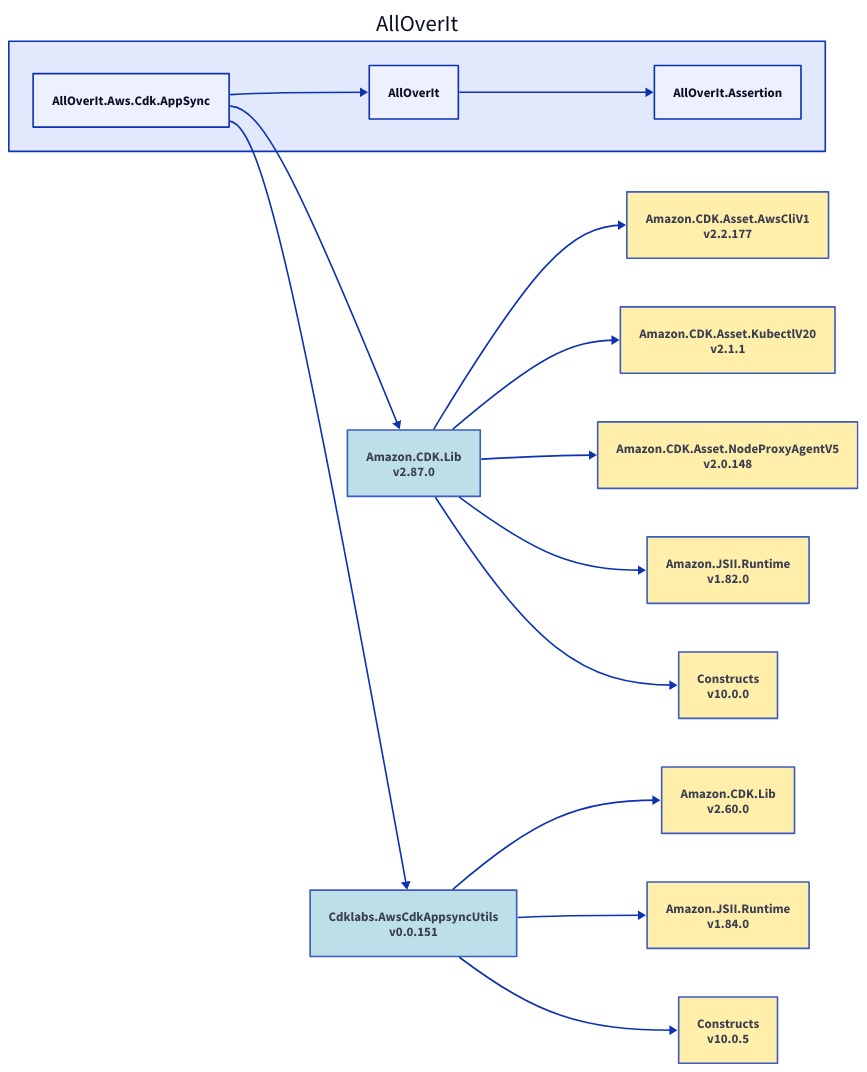
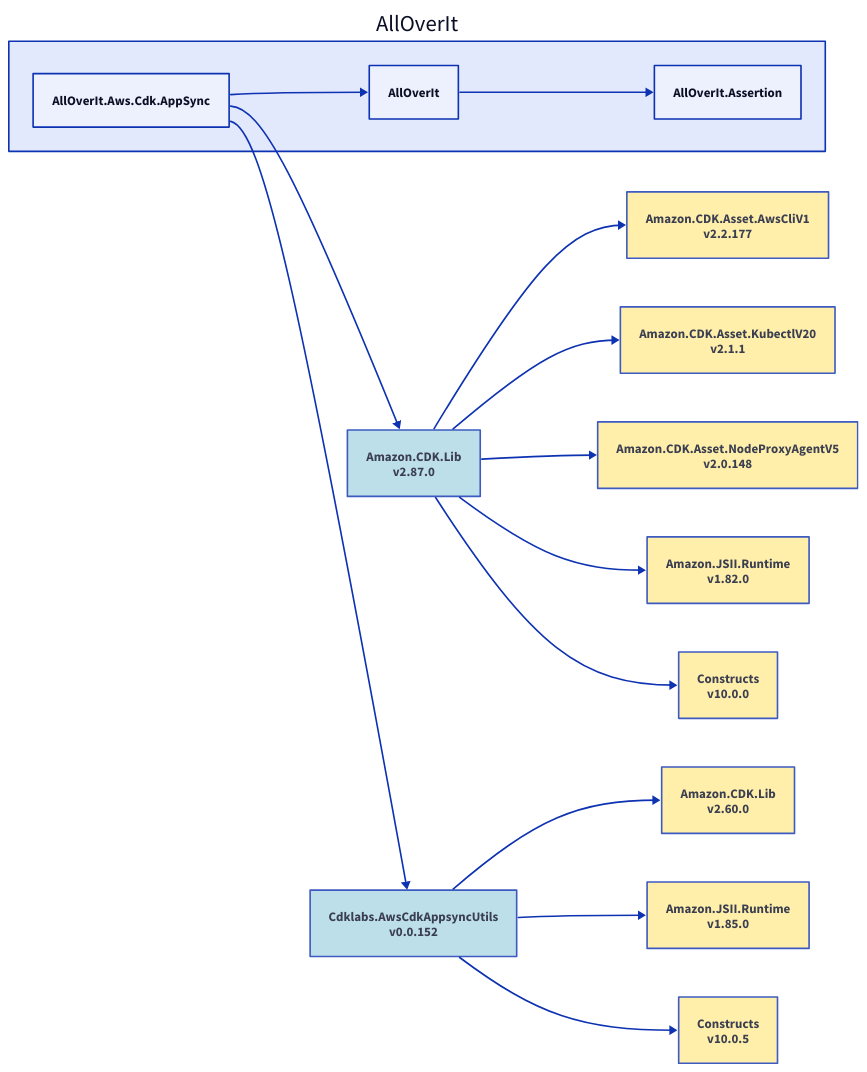
The diagram in Docs/Dependencies/alloverit-aws-cdk-appsync.d2 (nickathone/AllOverIt), drawn with D2 before and after one commit. The commit also changed 74 other files, not shown here.

```diff
--- a/Docs/Dependencies/alloverit-aws-cdk-appsync.d2
+++ b/Docs/Dependencies/alloverit-aws-cdk-appsync.d2
@@ -1,48 +1,48 @@
 direction: right
 
 aoi: AllOverIt
 aoi.alloverit-aws-cdk-appsync: AllOverIt.Aws.Cdk.AppSync
 amazon-cdk-lib_2-87-0: Amazon.CDK.Lib\nv2.87.0
 amazon-cdk-lib_2-87-0.style.fill: "#ADD8E6"
 amazon-cdk-lib_2-87-0.style.opacity: 0.8
 amazon-cdk-asset-awscliv1_2-2-177: Amazon.CDK.Asset.AwsCliV1\nv2.2.177
 amazon-cdk-asset-awscliv1_2-2-177.style.fill: "#FFEC96"
 amazon-cdk-asset-awscliv1_2-2-177.style.opacity: 0.8
 amazon-cdk-asset-awscliv1_2-2-177 <- amazon-cdk-lib_2-87-0
 amazon-cdk-asset-kubectlv20_2-1-1: Amazon.CDK.Asset.KubectlV20\nv2.1.1
 amazon-cdk-asset-kubectlv20_2-1-1.style.fill: "#FFEC96"
 amazon-cdk-asset-kubectlv20_2-1-1.style.opacity: 0.8
 amazon-cdk-asset-kubectlv20_2-1-1 <- amazon-cdk-lib_2-87-0
 amazon-cdk-asset-nodeproxyagentv5_2-0-148: Amazon.CDK.Asset.NodeProxyAgentV5\nv2.0.148
 amazon-cdk-asset-nodeproxyagentv5_2-0-148.style.fill: "#FFEC96"
 amazon-cdk-asset-nodeproxyagentv5_2-0-148.style.opacity: 0.8
 amazon-cdk-asset-nodeproxyagentv5_2-0-148 <- amazon-cdk-lib_2-87-0
 amazon-jsii-runtime_1-82-0: Amazon.JSII.Runtime\nv1.82.0
 amazon-jsii-runtime_1-82-0.style.fill: "#FFEC96"
 amazon-jsii-runtime_1-82-0.style.opacity: 0.8
 amazon-jsii-runtime_1-82-0 <- amazon-cdk-lib_2-87-0
 constructs_10-0-0: Constructs\nv10.0.0
 constructs_10-0-0.style.fill: "#FFEC96"
 constructs_10-0-0.style.opacity: 0.8
 constructs_10-0-0 <- amazon-cdk-lib_2-87-0
 amazon-cdk-lib_2-87-0 <- aoi.alloverit-aws-cdk-appsync
-cdklabs-awscdkappsyncutils_0-0-151: Cdklabs.AwsCdkAppsyncUtils\nv0.0.151
-cdklabs-awscdkappsyncutils_0-0-151.style.fill: "#ADD8E6"
-cdklabs-awscdkappsyncutils_0-0-151.style.opacity: 0.8
+cdklabs-awscdkappsyncutils_0-0-152: Cdklabs.AwsCdkAppsyncUtils\nv0.0.152
+cdklabs-awscdkappsyncutils_0-0-152.style.fill: "#ADD8E6"
+cdklabs-awscdkappsyncutils_0-0-152.style.opacity: 0.8
 amazon-cdk-lib_2-60-0: Amazon.CDK.Lib\nv2.60.0
 amazon-cdk-lib_2-60-0.style.fill: "#FFEC96"
 amazon-cdk-lib_2-60-0.style.opacity: 0.8
-amazon-cdk-lib_2-60-0 <- cdklabs-awscdkappsyncutils_0-0-151
-amazon-jsii-runtime_1-84-0: Amazon.JSII.Runtime\nv1.84.0
-amazon-jsii-runtime_1-84-0.style.fill: "#FFEC96"
-amazon-jsii-runtime_1-84-0.style.opacity: 0.8
-amazon-jsii-runtime_1-84-0 <- cdklabs-awscdkappsyncutils_0-0-151
+amazon-cdk-lib_2-60-0 <- cdklabs-awscdkappsyncutils_0-0-152
+amazon-jsii-runtime_1-85-0: Amazon.JSII.Runtime\nv1.85.0
+amazon-jsii-runtime_1-85-0.style.fill: "#FFEC96"
+amazon-jsii-runtime_1-85-0.style.opacity: 0.8
+amazon-jsii-runtime_1-85-0 <- cdklabs-awscdkappsyncutils_0-0-152
 constructs_10-0-5: Constructs\nv10.0.5
 constructs_10-0-5.style.fill: "#FFEC96"
 constructs_10-0-5.style.opacity: 0.8
-constructs_10-0-5 <- cdklabs-awscdkappsyncutils_0-0-151
-cdklabs-awscdkappsyncutils_0-0-151 <- aoi.alloverit-aws-cdk-appsync
+constructs_10-0-5 <- cdklabs-awscdkappsyncutils_0-0-152
+cdklabs-awscdkappsyncutils_0-0-152 <- aoi.alloverit-aws-cdk-appsync
 aoi.alloverit: AllOverIt
 aoi.alloverit-assertion: AllOverIt.Assertion
 aoi.alloverit-assertion <- aoi.alloverit
 aoi.alloverit <- aoi.alloverit-aws-cdk-appsync
```
